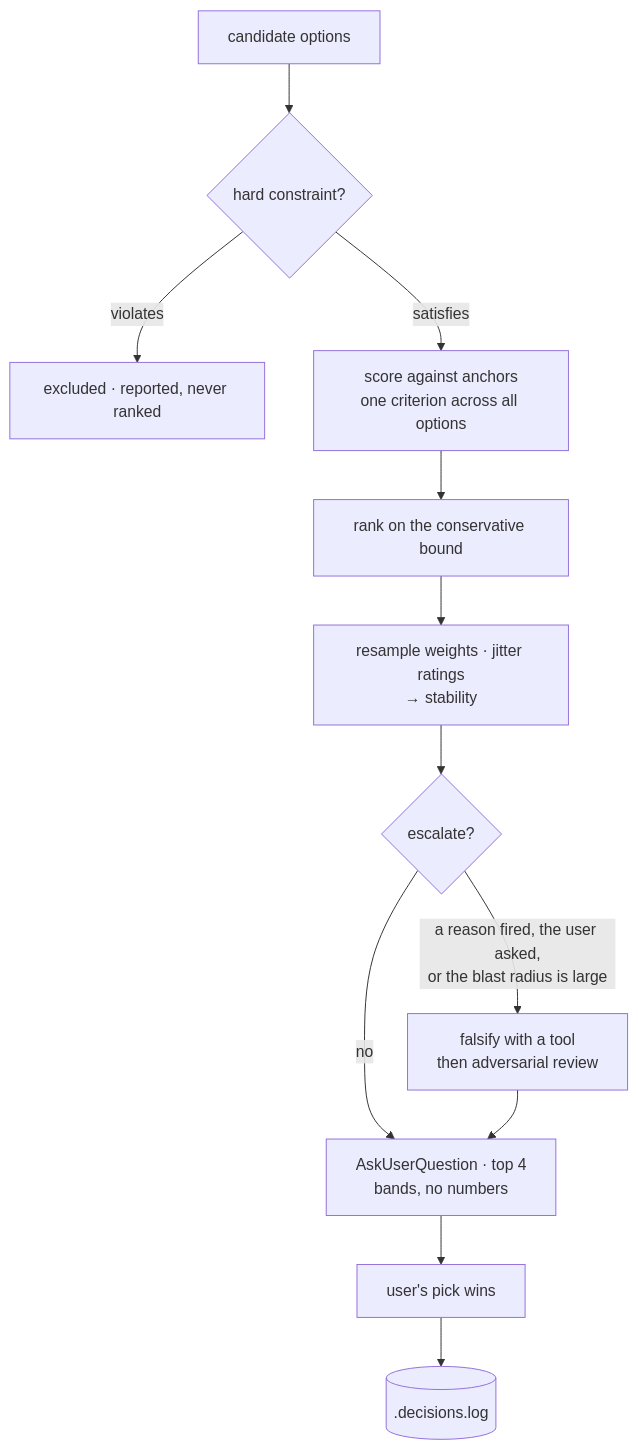
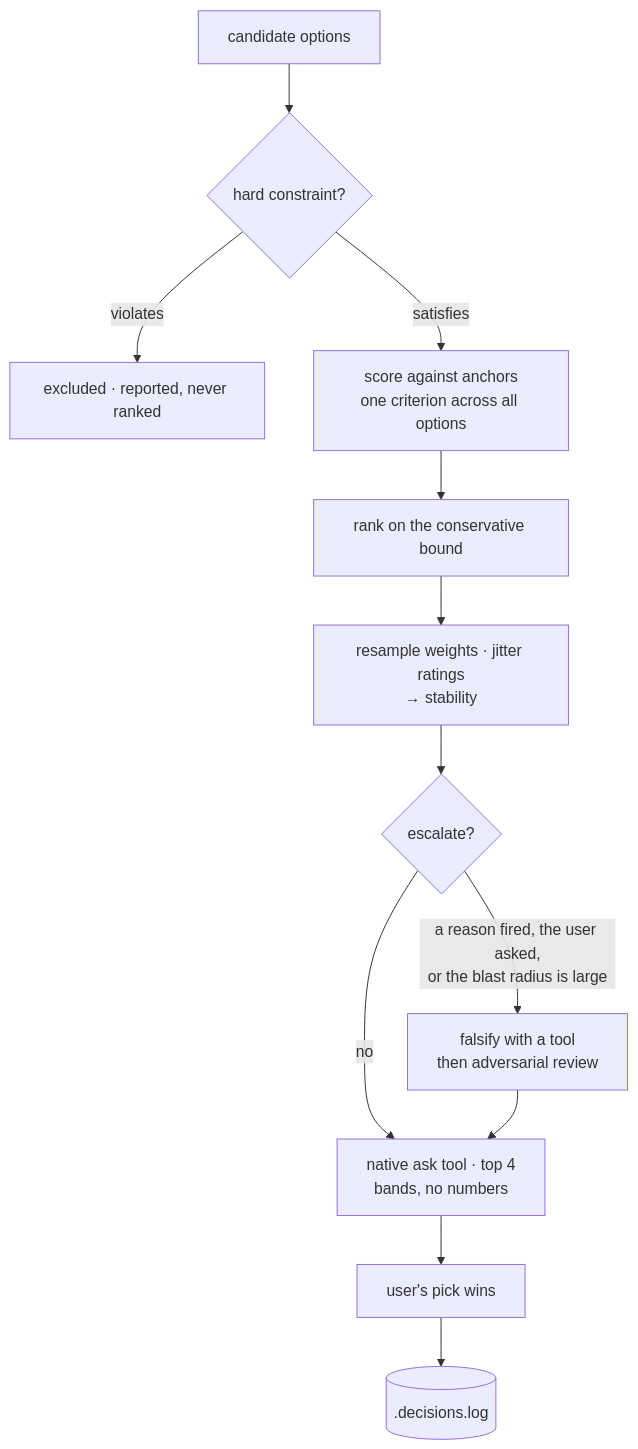
The diagram in README.md (tomkabel/decision-picker), drawn with Mermaid before and after one commit. The commit also changed other lines of this file and 2 other files, not shown here.

````diff
--- a/README.md
+++ b/README.md
@@ -113,14 +140,14 @@
 ```mermaid
 flowchart TD
     A[candidate options] --> B{hard constraint?}
     B -- violates --> X[excluded · reported, never ranked]
     B -- satisfies --> C[score against anchors<br/>one criterion across all options]
     C --> D[rank on the conservative bound]
     D --> E[resample weights · jitter ratings<br/>→ stability]
     E --> F{escalate?}
     F -->|"a reason fired, the user asked,<br/>or the blast radius is large"| G[falsify with a tool<br/>then adversarial review]
     F -->|no| H
-    G --> H[AskUserQuestion · top 4<br/>bands, no numbers]
+    G --> H[native ask tool · top 4<br/>bands, no numbers]
     H --> I[user's pick wins]
     I --> J[(.decisions.log)]
 ```
````
